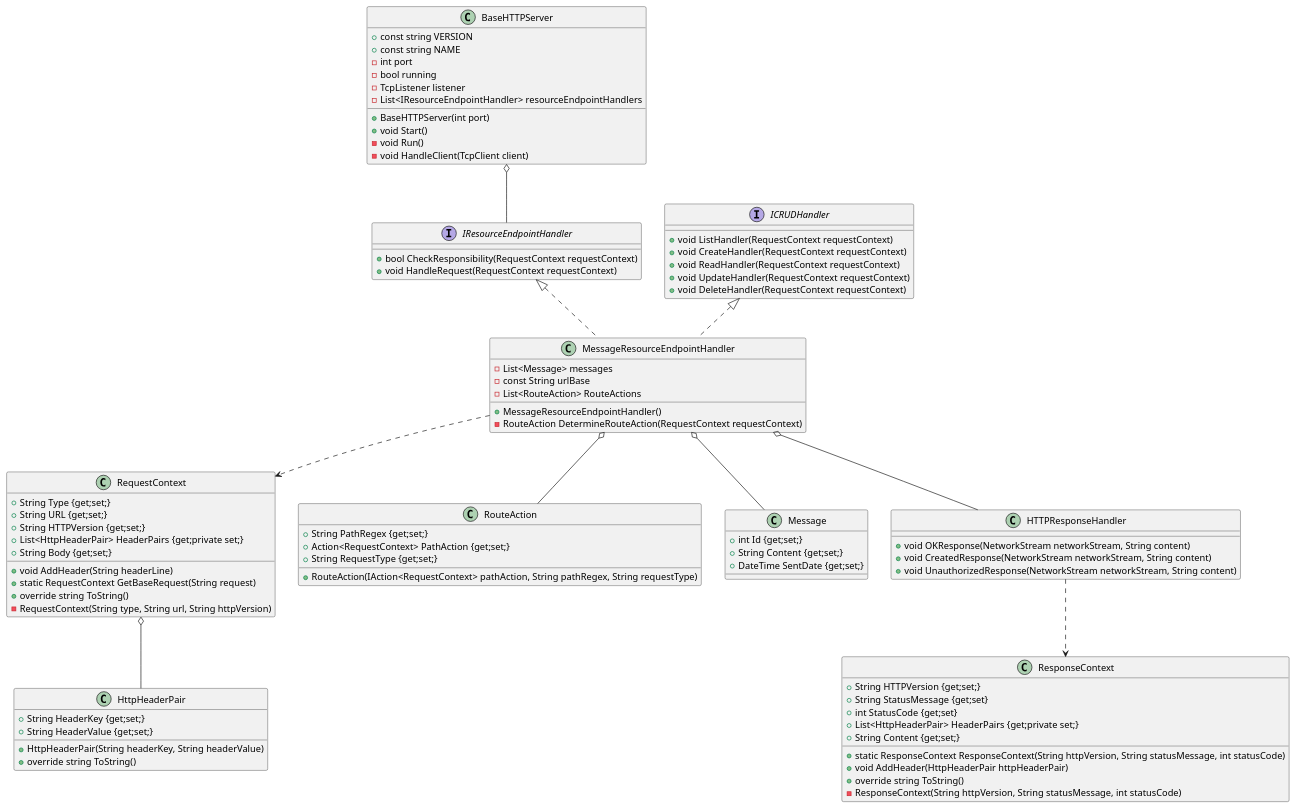
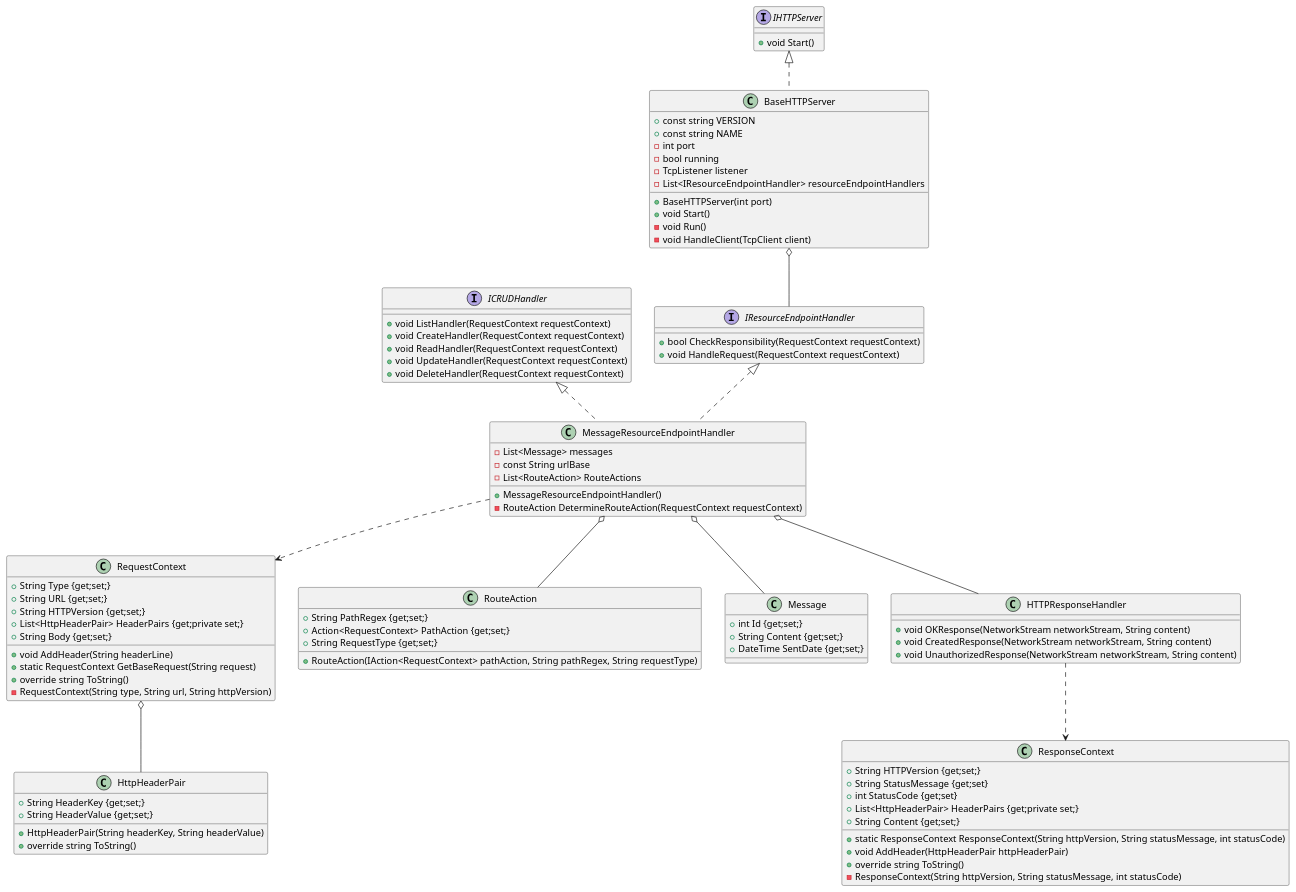
The diagram in httprestserver_classdiagram.wsd (kretmatt/SWE1-REST-HTTP-Webservice), drawn with PlantUML before and after one commit. The commit also changed 9 other files, not shown here.

Commit message:
Add BaseHTTPServer, IHTTPServer interface and corresponding mock

```diff
--- a/httprestserver_classdiagram.wsd
+++ b/httprestserver_classdiagram.wsd
@@ -1,98 +1,102 @@
-class BaseHTTPServer{
+class BaseHTTPServer implements IHTTPServer{
     + const string VERSION
     + const string NAME
     - int port
     - bool running
     - TcpListener listener
     - List<IResourceEndpointHandler> resourceEndpointHandlers
 
     + BaseHTTPServer(int port)
     + void Start()
     - void Run()
     - void HandleClient(TcpClient client)
 }
 
 class RequestContext{
     + String Type {get;set;}
     + String URL {get;set;}
     + String HTTPVersion {get;set;}
     + List<HttpHeaderPair> HeaderPairs {get;private set;}
     + String Body {get;set;}
 
     + void AddHeader(String headerLine)
     + static RequestContext GetBaseRequest(String request)
     + override string ToString()
     - RequestContext(String type, String url, String httpVersion)
 }
 
 class HttpHeaderPair{
     + String HeaderKey {get;set;}
     + String HeaderValue {get;set;}
 
     + HttpHeaderPair(String headerKey, String headerValue)
     + override string ToString()
 }
 
 interface IResourceEndpointHandler{
     + bool CheckResponsibility(RequestContext requestContext)
     + void HandleRequest(RequestContext requestContext)
 }
 
 interface ICRUDHandler{
     + void ListHandler(RequestContext requestContext)
     + void CreateHandler(RequestContext requestContext)
     + void ReadHandler(RequestContext requestContext)
     + void UpdateHandler(RequestContext requestContext)
     + void DeleteHandler(RequestContext requestContext)
 }
 
 class MessageResourceEndpointHandler implements IResourceEndpointHandler, ICRUDHandler{
     - List<Message> messages
     - const String urlBase
     - List<RouteAction> RouteActions
 
     + MessageResourceEndpointHandler()
     - RouteAction DetermineRouteAction(RequestContext requestContext)
 }
  class RouteAction{
      + String PathRegex {get;set;}
      + Action<RequestContext> PathAction {get;set;}
      + String RequestType {get;set;}
 
      + RouteAction(IAction<RequestContext> pathAction, String pathRegex, String requestType)
  }
 
  class Message{
      + int Id {get;set;}
      + String Content {get;set;}
      + DateTime SentDate {get;set;}
  }
 
 class ResponseContext{
     + String HTTPVersion {get;set;}
     + String StatusMessage {get;set}
     + int StatusCode {get;set}
     + List<HttpHeaderPair> HeaderPairs {get;private set;}
     + String Content {get;set;}
 
     + static ResponseContext ResponseContext(String httpVersion, String statusMessage, int statusCode)
     + void AddHeader(HttpHeaderPair httpHeaderPair)
     + override string ToString()
     - ResponseContext(String httpVersion, String statusMessage, int statusCode)
 }
 
 class HTTPResponseHandler{
     + void OKResponse(NetworkStream networkStream, String content)
     + void CreatedResponse(NetworkStream networkStream, String content)
     + void UnauthorizedResponse(NetworkStream networkStream, String content)
 }
 
+interface IHTTPServer{
+    + void Start()
+}
+
 
  BaseHTTPServer o-- IResourceEndpointHandler
  RequestContext o-- HttpHeaderPair
  MessageResourceEndpointHandler o-- RouteAction
  MessageResourceEndpointHandler o--Message
 MessageResourceEndpointHandler o-- HTTPResponseHandler
 
 HTTPResponseHandler..>ResponseContext
  MessageResourceEndpointHandler ..> RequestContext
```
